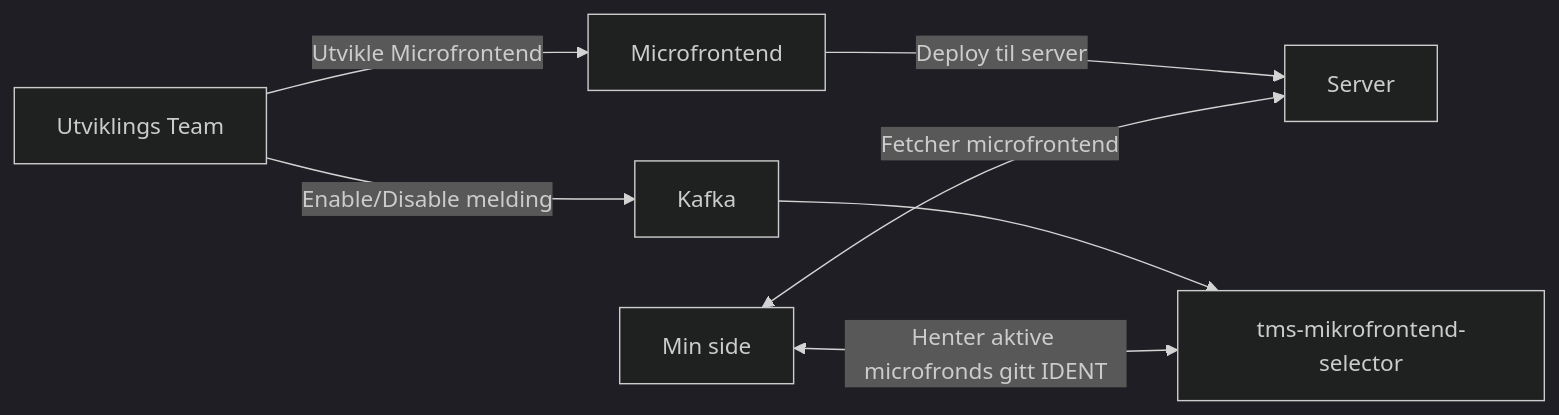
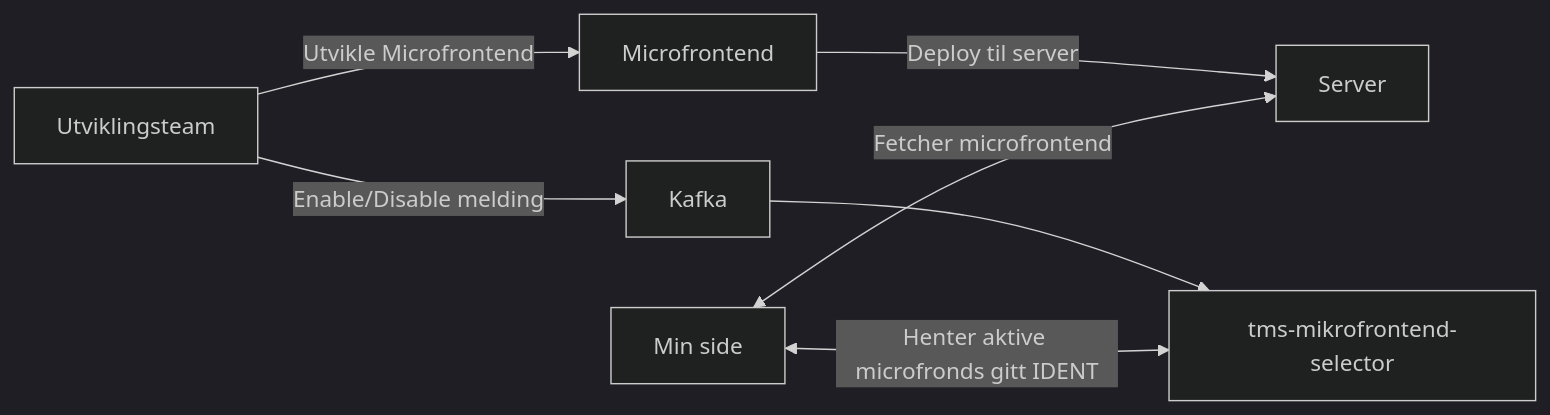
Before and after one commit to navikt/tms-mikrofrontend-selector: the diagram in howto.md, drawn with Mermaid (dark theme).

Commit message:
Fix writing error

````diff
--- a/howto.md
+++ b/howto.md
@@ -7,9 +7,9 @@
 ```mermaid
 graph LR
-    A[Utviklings Team] -- Utvikle Microfrontend --> B[Microfrontend]
+    A[Utviklingsteam] -- Utvikle Microfrontend --> B[Microfrontend]
     B -- Deploy til server --> C[Server]
     A -- Enable/Disable melding --> D[Kafka]
     D --> E[tms-mikrofrontend-selector]
     F[Min side] <-- Henter aktive microfronds gitt IDENT --> E
     F <-- Fetcher microfrontend --> C
 ```
````
